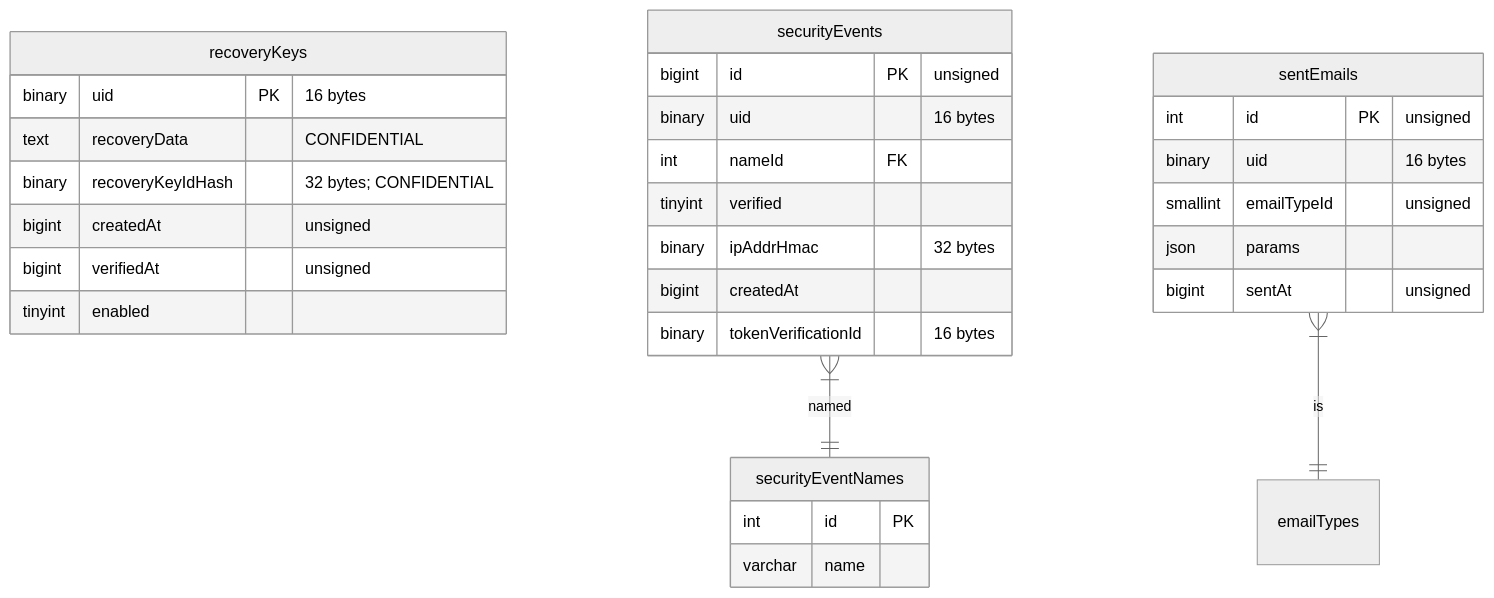
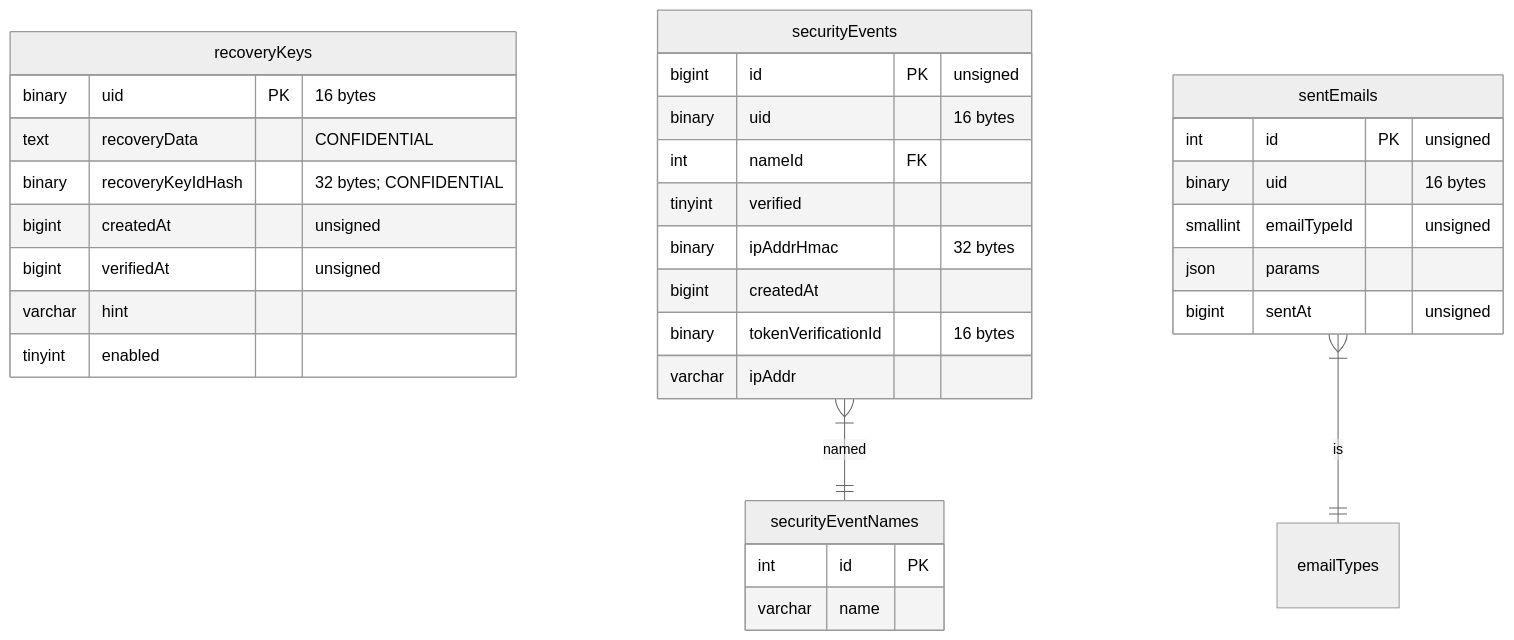
Before and after one commit to mozilla/ecosystem-platform: the ninth of 18 diagrams in docs/reference/database-structure.md, drawn with Mermaid (neutral theme). The commit also changed other lines of this file, not shown here.

````diff
--- a/docs/reference/database-structure.md
+++ b/docs/reference/database-structure.md
@@ -163,33 +197,35 @@
 ```mermaid
 erDiagram
     recoveryKeys {
         binary uid PK "16 bytes"
         text recoveryData "CONFIDENTIAL"
         binary recoveryKeyIdHash "32 bytes; CONFIDENTIAL"
         bigint createdAt "unsigned"
         bigint verifiedAt "unsigned"
+        varchar hint
         tinyint enabled
     }
     securityEventNames {
         int id PK
         varchar name
     }
     securityEvents }|--|| securityEventNames : named
     securityEvents {
         bigint id PK "unsigned"
         binary uid "16 bytes"
         int nameId FK
         tinyint verified
         binary ipAddrHmac "32 bytes"
         bigint createdAt
         binary tokenVerificationId "16 bytes"
+        varchar ipAddr
     }
     sentEmails }|--|| emailTypes : is
     sentEmails {
         int id PK "unsigned"
         binary uid "16 bytes"
         smallint emailTypeId "unsigned"
         json params
         bigint sentAt "unsigned"
     }
 ```
````
